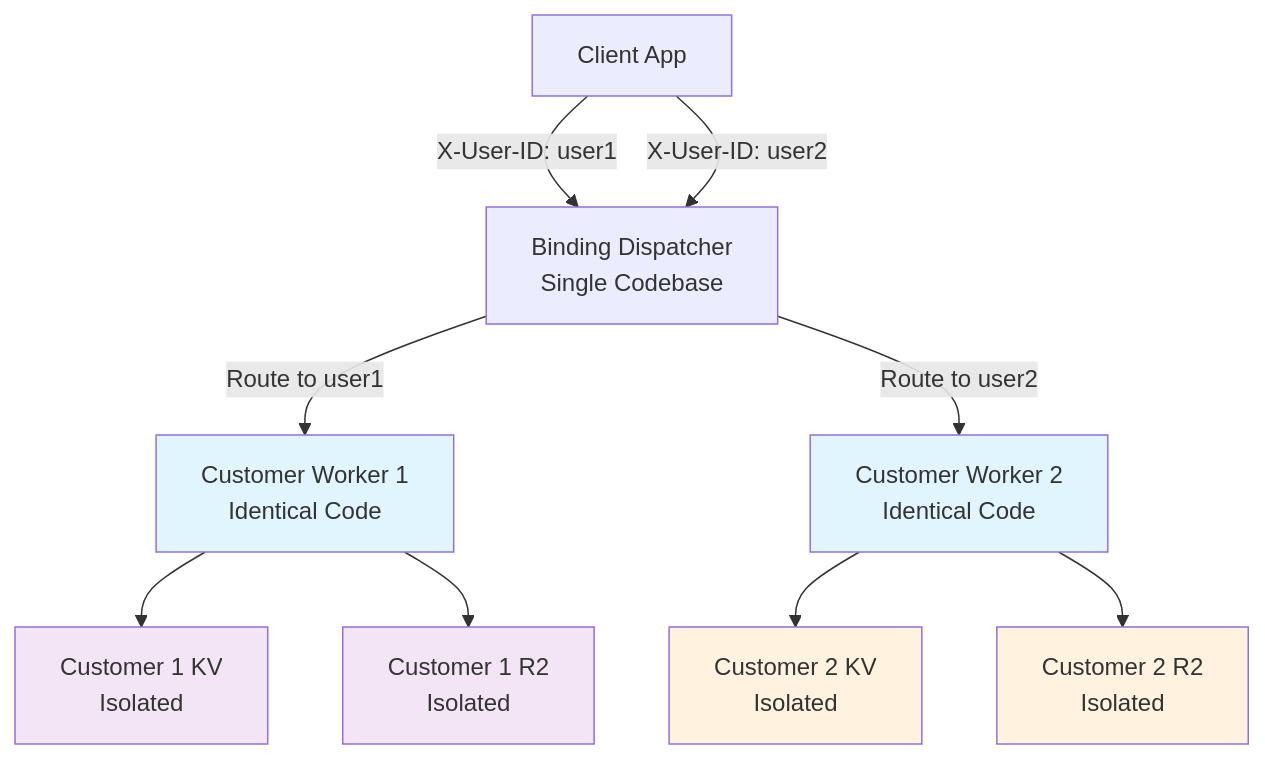
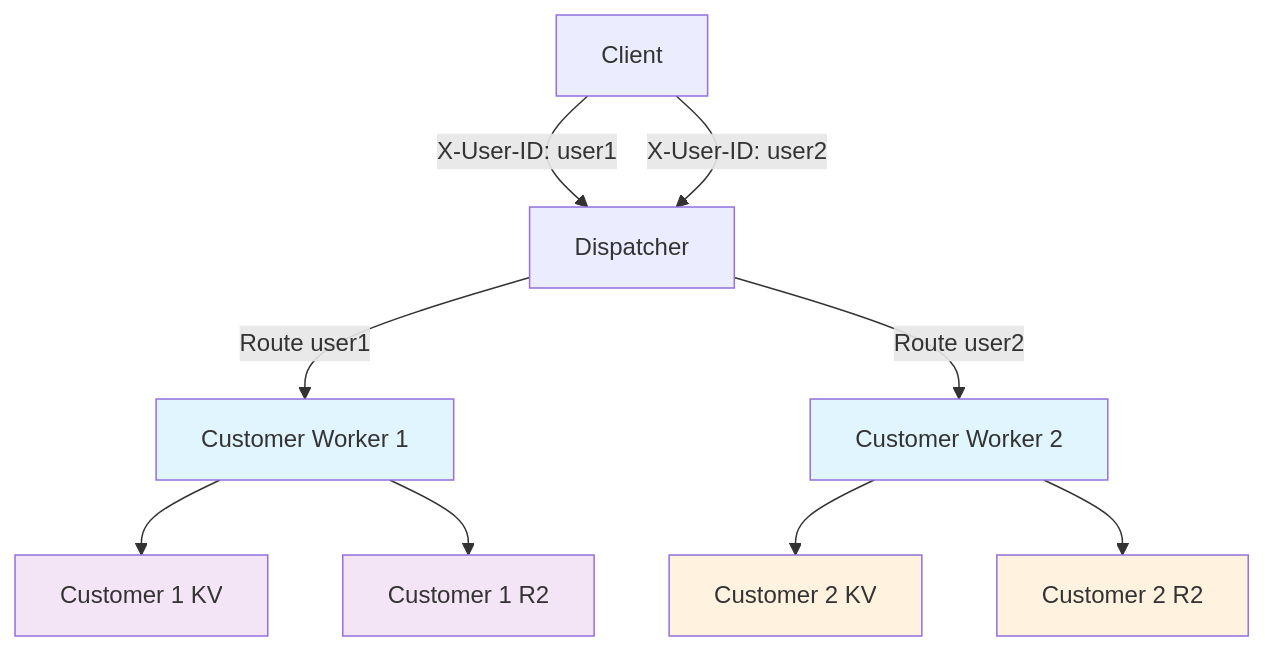
Before and after one commit to dinasaur404/bindings-rpc: the diagram in README.md, drawn with Mermaid. The commit also changed other lines of this file, not shown here.

````diff
--- a/README.md
+++ b/README.md
@@ -54,27 +53,27 @@
 ```mermaid
 graph TB
-    Client[Client App]
-    Dispatcher[Binding Dispatcher<br/>Single Codebase]
-    Worker1[Customer Worker 1<br/>Identical Code]
-    Worker2[Customer Worker 2<br/>Identical Code]
-    KV1[Customer 1 KV<br/>Isolated]
-    R21[Customer 1 R2<br/>Isolated]
-    KV2[Customer 2 KV<br/>Isolated]
-    R22[Customer 2 R2<br/>Isolated]
+    Client[Client]
+    Dispatcher[Dispatcher<br/>]
+    Worker1[Customer Worker 1<br/>]
+    Worker2[Customer Worker 2<br/>]
+    KV1[Customer 1 KV<br/>]
+    R21[Customer 1 R2<br/>]
+    KV2[Customer 2 KV<br/>]
+    R22[Customer 2 R2<br/>]
     
     Client -->|X-User-ID: user1| Dispatcher
     Client -->|X-User-ID: user2| Dispatcher
-    Dispatcher -->|Route to user1| Worker1
-    Dispatcher -->|Route to user2| Worker2
+    Dispatcher -->|Route user1| Worker1
+    Dispatcher -->|Route user2| Worker2
     Worker1 --> KV1
     Worker1 --> R21
     Worker2 --> KV2
     Worker2 --> R22
     
     style Worker1 fill:#e1f5fe
     style Worker2 fill:#e1f5fe
     style KV1 fill:#f3e5f5
     style R21 fill:#f3e5f5
     style KV2 fill:#fff3e0
     style R22 fill:#fff3e0
 ```
````
